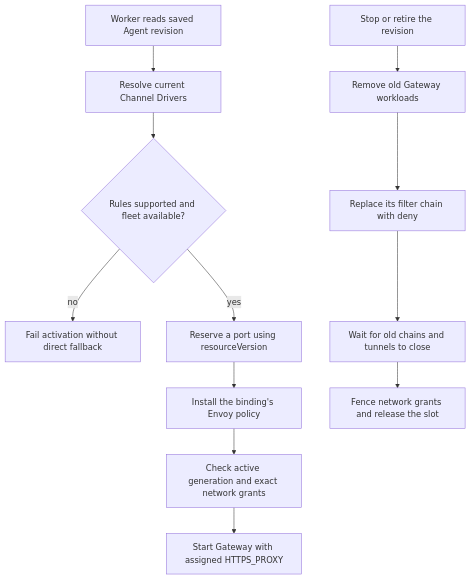
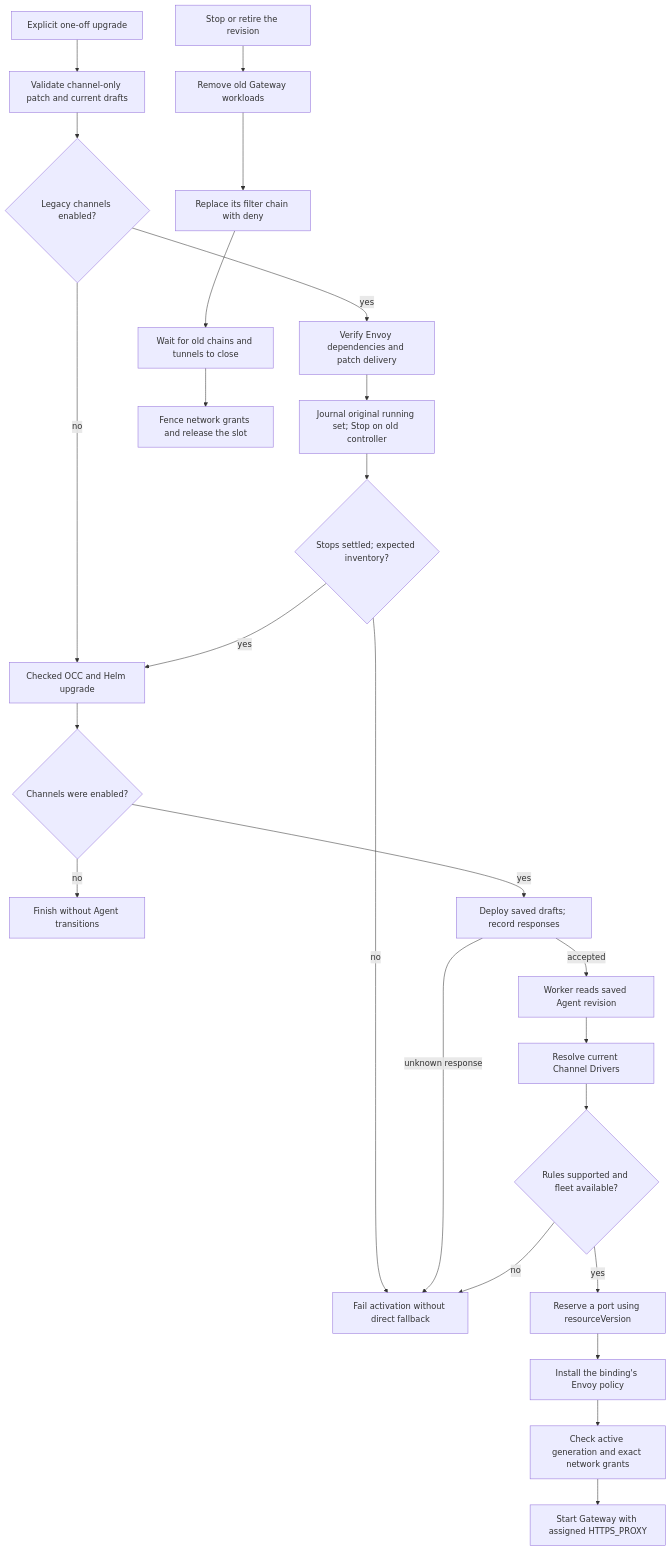
The diagram in docs/flows/channel-egress.md (openclaw/openclaw-enterprise), drawn with Mermaid before and after one commit. The commit also changed other lines of this file and 34 other files, not shown here.

Commit message:
Add managed channel defaults and the one-off Stop/Deploy upgrade

````diff
--- a/docs/flows/channel-egress.md
+++ b/docs/flows/channel-egress.md
@@ -31,14 +39,27 @@
 ```mermaid
 graph TD
+  I["Explicit one-off upgrade"] --> J["Validate channel-only patch and current drafts"]
+  J --> K{"Legacy channels enabled?"}
+  K -->|no| O["Checked OCC and Helm upgrade"]
+  K -->|yes| L["Verify Envoy dependencies and patch delivery"]
+  L --> M["Journal original running set; Stop on old controller"]
+  M --> N{"Stops settled; expected inventory?"}
+  N -->|no| X
+  N -->|yes| O
+  O --> P{"Channels were enabled?"}
+  P -->|no| Q["Finish without Agent transitions"]
+  P -->|yes| Y["Deploy saved drafts; record responses"]
+  Y -->|unknown response| X
+  Y -->|accepted| A
   A["Worker reads saved Agent revision"] --> B["Resolve current Channel Drivers"]
   B --> C{"Rules supported and fleet available?"}
   C -->|no| X["Fail activation without direct fallback"]
   C -->|yes| D["Reserve a port using resourceVersion"]
   D --> E["Install the binding's Envoy policy"]
   E --> F["Check active generation and exact network grants"]
   F --> G["Start Gateway with assigned HTTPS_PROXY"]
   R["Stop or retire the revision"] --> V["Remove old Gateway workloads"]
   V --> S["Replace its filter chain with deny"]
   S --> T["Wait for old chains and tunnels to close"]
   T --> U["Fence network grants and release the slot"]
 ```
````
